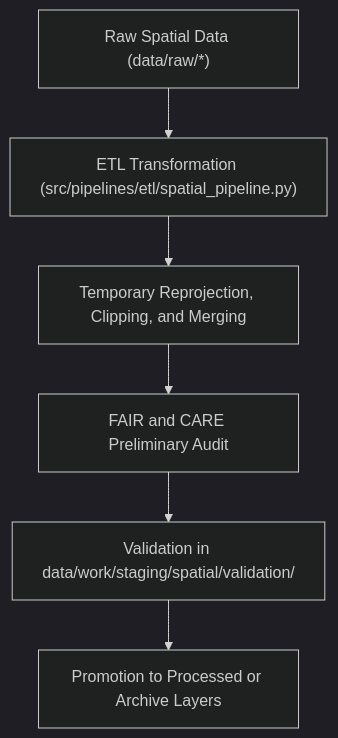
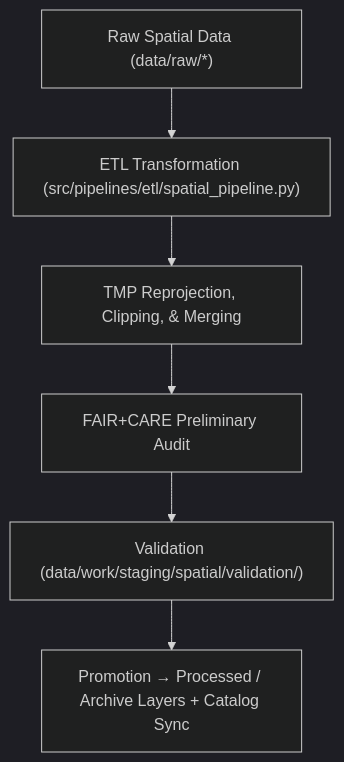
One commit to bartytime4life/Kansas-Frontier-Matrix changed the diagram in data/work/staging/spatial/tmp/README.md. Above: the diagram before and after it, drawn with Mermaid (dark theme). The commit also changed other lines of this file, not shown here.

````diff
--- a/data/work/staging/spatial/tmp/README.md
+++ b/data/work/staging/spatial/tmp/README.md
@@ -74,8 +81,8 @@
 ```mermaid
 flowchart TD
     A["Raw Spatial Data (data/raw/*)"] --> B["ETL Transformation (src/pipelines/etl/spatial_pipeline.py)"]
-    B --> C["Temporary Reprojection, Clipping, and Merging"]
-    C --> D["FAIR and CARE Preliminary Audit"]
-    D --> E["Validation in data/work/staging/spatial/validation/"]
-    E --> F["Promotion to Processed or Archive Layers"]
+    B --> C["TMP Reprojection, Clipping, & Merging"]
+    C --> D["FAIR+CARE Preliminary Audit"]
+    D --> E["Validation (data/work/staging/spatial/validation/)"]
+    E --> F["Promotion → Processed / Archive Layers + Catalog Sync"]
 ```
````
